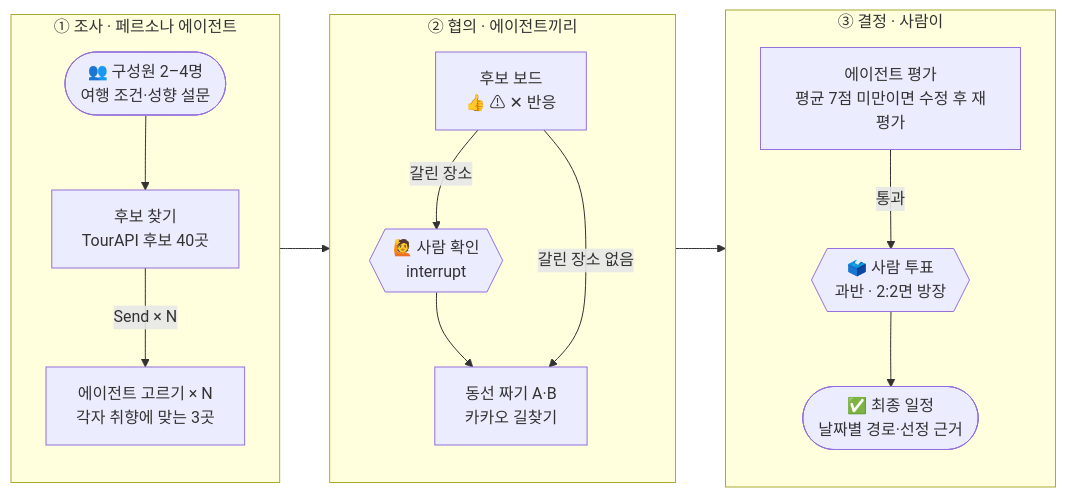
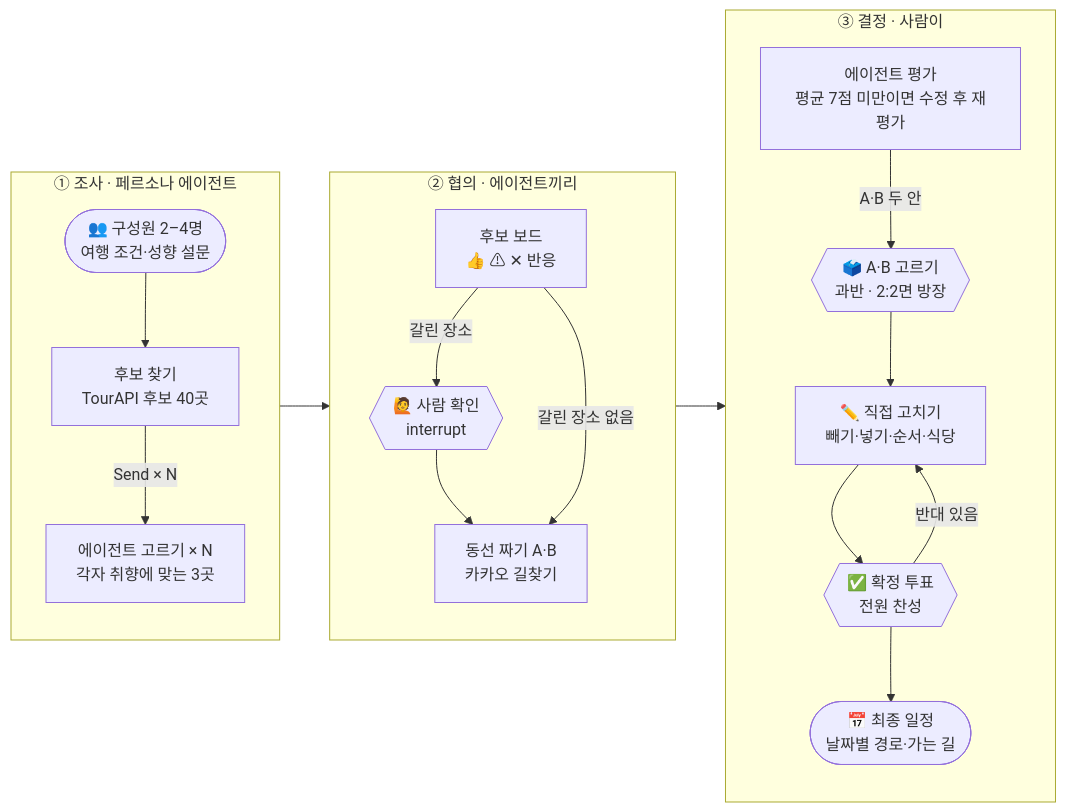
Before and after one commit to gokimkh123/J-ourney: the diagram in README.md, drawn with Mermaid. The commit also changed other lines of this file and 22 other files, not shown here.

First line of the commit message:
feat(server): 13–15단계 마무리·사람 선택·확정 (A·B 고르기·직접 고치기·확정 투표)

````diff
--- a/README.md
+++ b/README.md
@@ -74,20 +74,23 @@
 ```mermaid
 flowchart LR
     subgraph S1["① 조사 · 페르소나 에이전트"]
         direction TB
         IN(["👥 구성원 2–4명<br/>여행 조건·성향 설문"]) --> FIND["후보 찾기<br/>TourAPI 후보 40곳"]
         FIND -->|"Send × N"| PICK["에이전트 고르기 × N<br/>각자 취향에 맞는 3곳"]
     end
     subgraph S2["② 협의 · 에이전트끼리"]
         direction TB
         BOARD["후보 보드<br/>👍 ⚠ ✕ 반응"] -->|"갈린 장소"| REVIEW{{"🙋 사람 확인<br/>interrupt"}}
         REVIEW --> PLAN["동선 짜기 A·B<br/>카카오 길찾기"]
         BOARD -->|"갈린 장소 없음"| PLAN
     end
     subgraph S3["③ 결정 · 사람이"]
         direction TB
-        EVAL["에이전트 평가<br/>평균 7점 미만이면 수정 후 재평가"] -->|"통과"| VOTE{{"🗳️ 사람 투표<br/>과반 · 2:2면 방장"}}
-        VOTE --> DONE(["✅ 최종 일정<br/>날짜별 경로·선정 근거"])
+        EVAL["에이전트 평가<br/>평균 7점 미만이면 수정 후 재평가"] -->|"A·B 두 안"| VOTE{{"🗳️ A·B 고르기<br/>과반 · 2:2면 방장"}}
+        VOTE --> EDIT["✏️ 직접 고치기<br/>빼기·넣기·순서·식당"]
+        EDIT --> OK{{"✅ 확정 투표<br/>전원 찬성"}}
+        OK -->|"반대 있음"| EDIT
+        OK --> DONE(["📅 최종 일정<br/>날짜별 경로·가는 길"])
     end
     S1 --> S2 --> S3
 ```
````
